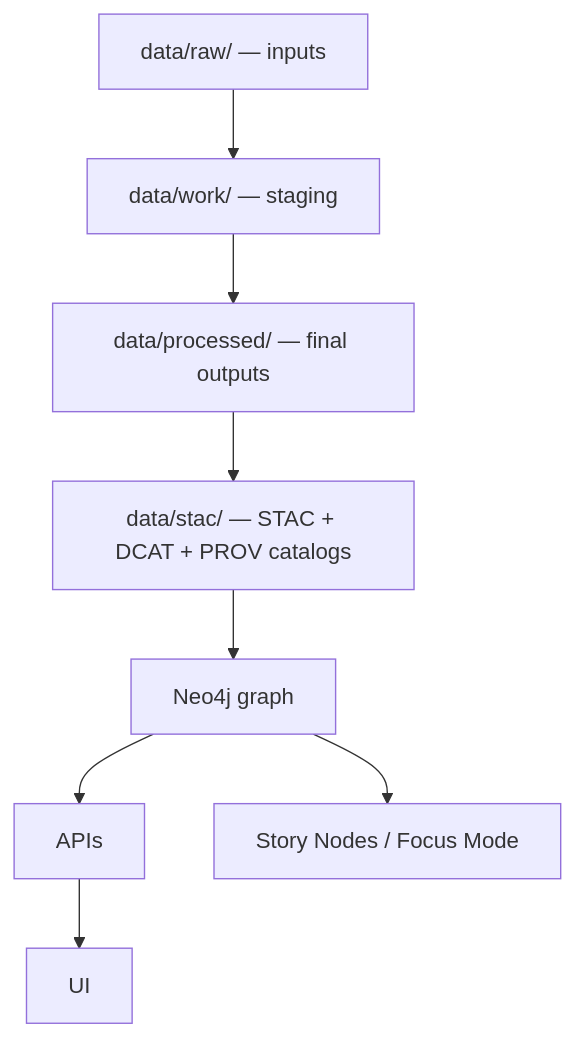
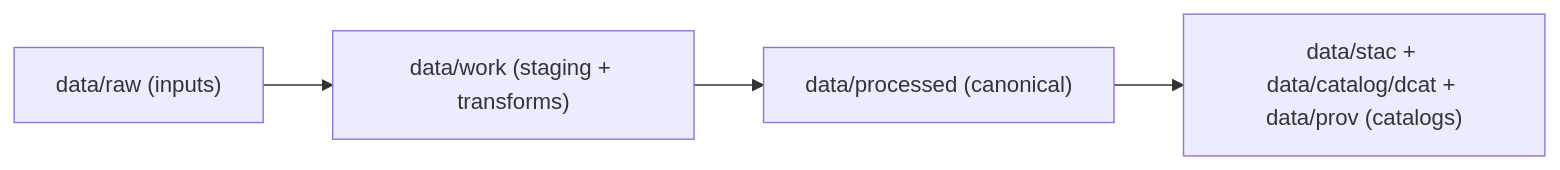
The diagram in data/work/README.md (bartytime4life/Kansas-Frontier-Matrix), drawn with Mermaid before and after one commit. The commit also changed other lines of this file, not shown here.

First line of the commit message:
Revise README for data/work directory clarity

```diff
--- a/data/work/README.md
+++ b/data/work/README.md
@@ -167,11 +157,6 @@
 ~~~mermaid
-flowchart TD
-  A["data/raw/ — inputs"] --> B["data/work/ — staging"]
-  B --> C["data/processed/ — final outputs"]
-
-  C --> D["data/stac/ — STAC + DCAT + PROV catalogs"]
-  D --> E["Neo4j graph"]
-  E --> F["APIs"]
-  F --> G["UI"]
-  E --> H["Story Nodes / Focus Mode"]
+flowchart LR
+  A["data/raw (inputs)"] --> B["data/work (staging + transforms)"]
+  B --> C["data/processed (canonical)"]
+  C --> D["data/stac + data/catalog/dcat + data/prov (catalogs)"]
 ~~~
```
